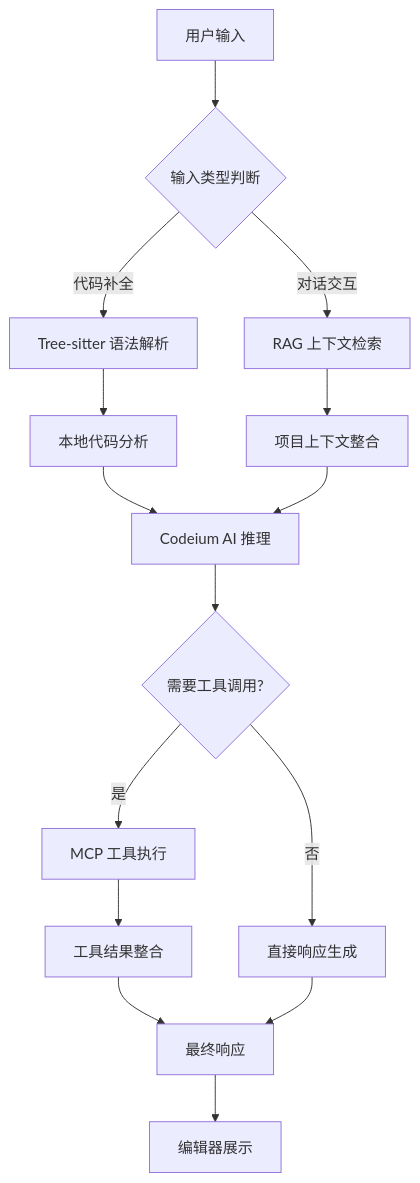
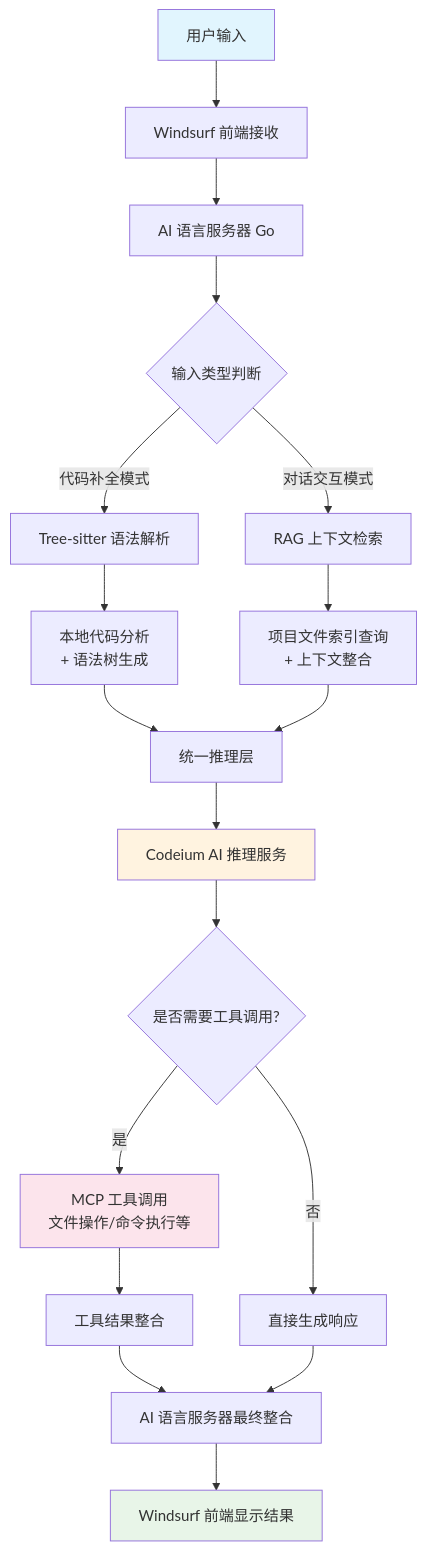
Before and after one commit to hawkhai/hawkhai.github.io: the diagram in _posts/llm/2025-06-25-vibe-coding-best-practices-for-windsurf.md, drawn with Mermaid. The commit also changed other lines of this file and 1 other file, not shown here.

```diff
--- a/_posts/llm/2025-06-25-vibe-coding-best-practices-for-windsurf.md
+++ b/_posts/llm/2025-06-25-vibe-coding-best-practices-for-windsurf.md
@@ -86,17 +88,32 @@
 <div class="mermaid">
 graph TD
-    A[用户输入] --> B{输入类型判断}
-    B -->|代码补全| C[Tree-sitter 语法解析]
-    B -->|对话交互| D[RAG 上下文检索]
-    C --> E[本地代码分析]
-    D --> F[项目上下文整合]
-    E --> G[Codeium AI 推理]
-    F --> G
-    G --> H{需要工具调用?}
-    H -->|是| I[MCP 工具执行]
-    H -->|否| J[直接响应生成]
-    I --> K[工具结果整合]
-    K --> L[最终响应]
-    J --> L
-    L --> M[编辑器展示]
+    A[用户输入] --> B[Windsurf 前端接收]
+    B --> C[AI 语言服务器 Go]
+    C --> D{输入类型判断}
+    
+    D -->|代码补全模式| E[Tree-sitter 语法解析]
+    D -->|对话交互模式| F[RAG 上下文检索]
+    
+    E --> G[本地代码分析<br/>+ 语法树生成]
+    F --> H[项目文件索引查询<br/>+ 上下文整合]
+    
+    G --> I[统一推理层]
+    H --> I
+    
+    I --> J[Codeium AI 推理服务]
+    J --> K{是否需要工具调用?}
+    
+    K -->|是| L[MCP 工具调用<br/>文件操作/命令执行等]
+    K -->|否| M[直接生成响应]
+    
+    L --> N[工具结果整合]
+    N --> O[AI 语言服务器最终整合]
+    M --> O
+    
+    O --> P[Windsurf 前端显示结果]
+    
+    style A fill:#e1f5fe
+    style J fill:#fff3e0
+    style P fill:#e8f5e8
+    style L fill:#fce4ec
 </div>
```
